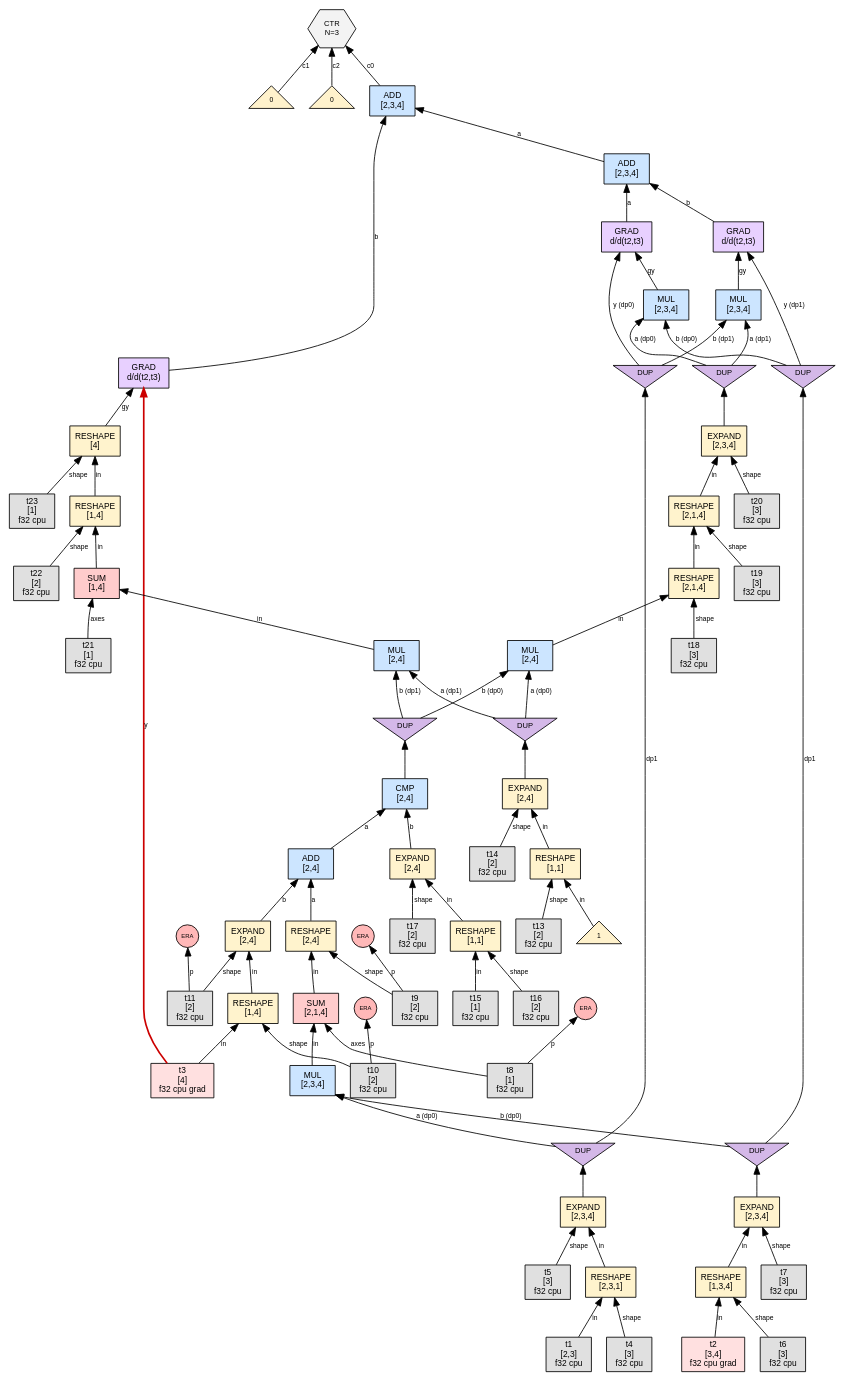
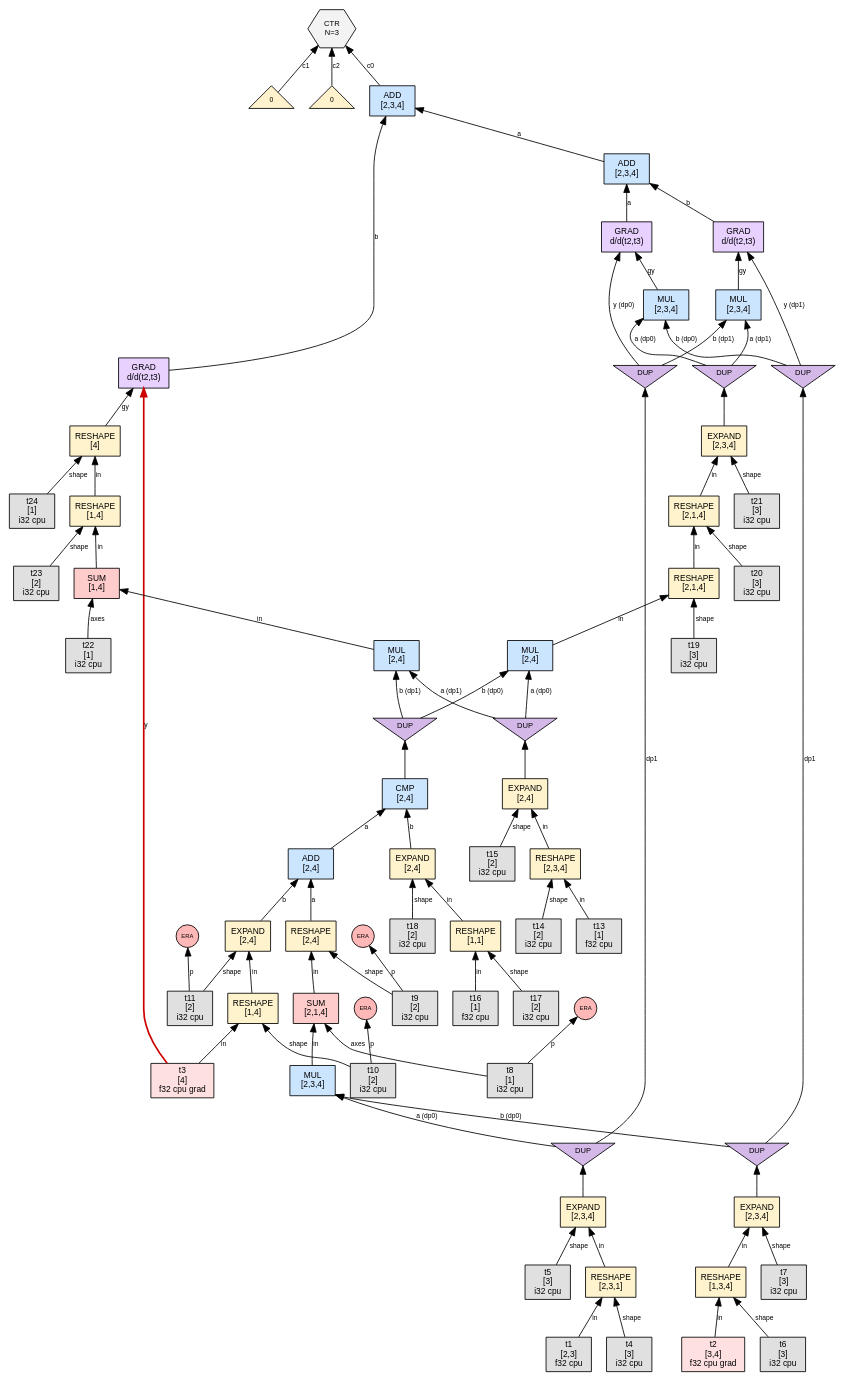
One commit to sw1sh/TinyHVM changed the diagram in phase1_graphs/tiny_linear_bias_keep/step_016_interact_grad_on_RESHAPE.dot. Above: the diagram before and after it, drawn with Graphviz. The commit also changed 448 other files, not shown here.

First line of the commit message:
test: refresh archived phase graphs

```diff
--- a/phase1_graphs/tiny_linear_bias_keep/step_016_interact_grad_on_RESHAPE.dot
+++ b/phase1_graphs/tiny_linear_bias_keep/step_016_interact_grad_on_RESHAPE.dot
@@ -1,149 +1,149 @@
 digraph G {
   // PREV_INTERACTION: interact_grad_on_RESHAPE
   // NEXT_INTERACTION: interact_grad_on_TEN
   rankdir=BT;
   node [fontname="Helvetica", fontsize=10, style=filled, shape=box, margin="0.1,0.05"];
   edge [fontsize=8, fontname="Helvetica"];
 
   n1 [label="RESHAPE\n[2,3,1]", shape=box, fillcolor="#fff3cd"];
   t1 [label="t1\n[2,3]\nf32 cpu",shape=box,fillcolor="#e0e0e0"];
   t1 -> n1 [label="in"];
-  t4 [label="t4\n[3]\nf32 cpu",shape=box,fillcolor="#e0e0e0"];
+  t4 [label="t4\n[3]\ni32 cpu",shape=box,fillcolor="#e0e0e0"];
   t4 -> n1 [label="shape"];
   n9 [label="RESHAPE\n[1,3,4]", shape=box, fillcolor="#fff3cd"];
   t2 [label="t2\n[3,4]\nf32 cpu grad",shape=box,fillcolor="#ffe0e0"];
   t2 -> n9 [label="in"];
-  t6 [label="t6\n[3]\nf32 cpu",shape=box,fillcolor="#e0e0e0"];
+  t6 [label="t6\n[3]\ni32 cpu",shape=box,fillcolor="#e0e0e0"];
   t6 -> n9 [label="shape"];
   n5 [label="EXPAND\n[2,3,4]", shape=box, fillcolor="#fff3cd"];
   n1 -> n5 [label="in"];
-  t5 [label="t5\n[3]\nf32 cpu",shape=box,fillcolor="#e0e0e0"];
+  t5 [label="t5\n[3]\ni32 cpu",shape=box,fillcolor="#e0e0e0"];
   t5 -> n5 [label="shape"];
   n13 [label="EXPAND\n[2,3,4]", shape=box, fillcolor="#fff3cd"];
   n9 -> n13 [label="in"];
-  t7 [label="t7\n[3]\nf32 cpu",shape=box,fillcolor="#e0e0e0"];
+  t7 [label="t7\n[3]\ni32 cpu",shape=box,fillcolor="#e0e0e0"];
   t7 -> n13 [label="shape"];
   n93 [label="ADD\n[2,3,4]", shape=box, fillcolor="#cce5ff"];
   n153 -> n93 [label="a"];
   n177 -> n93 [label="b"];
   ctr51 [label="CTR\nN=3", shape=hexagon, fillcolor="#f3f3f3", fontsize=9];
   n93 -> ctr51 [label="c0"];
   num_ctr51_52 [label="0",shape=triangle,fillcolor="#fff2cc",fontsize=8];
   num_ctr51_52 -> ctr51 [label="c1"];
   num_ctr51_53 [label="0",shape=triangle,fillcolor="#fff2cc",fontsize=8];
   num_ctr51_53 -> ctr51 [label="c2"];
-  n55 [label="RESHAPE\n[1,1]", shape=box, fillcolor="#fff3cd"];
-  num55_0 [label="1",shape=triangle,fillcolor="#fff2cc",fontsize=8];
-  num55_0 -> n55 [label="in"];
-  t13 [label="t13\n[2]\nf32 cpu",shape=box,fillcolor="#e0e0e0"];
-  t13 -> n55 [label="shape"];
+  n55 [label="RESHAPE\n[2,3,4]", shape=box, fillcolor="#fff3cd"];
+  t13 [label="t13\n[1]\nf32 cpu",shape=box,fillcolor="#e0e0e0"];
+  t13 -> n55 [label="in"];
+  t14 [label="t14\n[2]\ni32 cpu",shape=box,fillcolor="#e0e0e0"];
+  t14 -> n55 [label="shape"];
   n68 [label="RESHAPE\n[1,1]", shape=box, fillcolor="#fff3cd"];
-  t15 [label="t15\n[1]\nf32 cpu",shape=box,fillcolor="#e0e0e0"];
-  t15 -> n68 [label="in"];
-  t16 [label="t16\n[2]\nf32 cpu",shape=box,fillcolor="#e0e0e0"];
-  t16 -> n68 [label="shape"];
+  t16 [label="t16\n[1]\nf32 cpu",shape=box,fillcolor="#e0e0e0"];
+  t16 -> n68 [label="in"];
+  t17 [label="t17\n[2]\ni32 cpu",shape=box,fillcolor="#e0e0e0"];
+  t17 -> n68 [label="shape"];
   n82 [label="ADD\n[2,4]", shape=box, fillcolor="#cce5ff"];
   n95 -> n82 [label="a"];
   n100 -> n82 [label="b"];
   n72 [label="EXPAND\n[2,4]", shape=box, fillcolor="#fff3cd"];
   n68 -> n72 [label="in"];
-  t17 [label="t17\n[2]\nf32 cpu",shape=box,fillcolor="#e0e0e0"];
-  t17 -> n72 [label="shape"];
+  t18 [label="t18\n[2]\ni32 cpu",shape=box,fillcolor="#e0e0e0"];
+  t18 -> n72 [label="shape"];
   n61 [label="EXPAND\n[2,4]", shape=box, fillcolor="#fff3cd"];
   n55 -> n61 [label="in"];
-  t14 [label="t14\n[2]\nf32 cpu",shape=box,fillcolor="#e0e0e0"];
-  t14 -> n61 [label="shape"];
+  t15 [label="t15\n[2]\ni32 cpu",shape=box,fillcolor="#e0e0e0"];
+  t15 -> n61 [label="shape"];
   n76 [label="CMP\n[2,4]", shape=box, fillcolor="#cce5ff"];
   n82 -> n76 [label="a"];
   n72 -> n76 [label="b"];
   n95 [label="RESHAPE\n[2,4]", shape=box, fillcolor="#fff3cd"];
   n119 -> n95 [label="in"];
-  t9 [label="t9\n[2]\nf32 cpu",shape=box,fillcolor="#e0e0e0"];
+  t9 [label="t9\n[2]\ni32 cpu",shape=box,fillcolor="#e0e0e0"];
   t9 -> n95 [label="shape"];
   n100 [label="EXPAND\n[2,4]", shape=box, fillcolor="#fff3cd"];
   n167 -> n100 [label="in"];
-  t11 [label="t11\n[2]\nf32 cpu",shape=box,fillcolor="#e0e0e0"];
+  t11 [label="t11\n[2]\ni32 cpu",shape=box,fillcolor="#e0e0e0"];
   t11 -> n100 [label="shape"];
   n153 [label="ADD\n[2,3,4]", shape=box, fillcolor="#cce5ff"];
   n149 -> n153 [label="a"];
   n151 -> n153 [label="b"];
   n177 [label="GRAD\nd/d(t2,t3)", shape=box, fillcolor="#e8d0ff"];
   t3 [label="t3\n[4]\nf32 cpu grad",shape=box,fillcolor="#ffe0e0"];
   t3 -> n177 [label="y",color="#cc0000",penwidth=2.0];
   n173 -> n177 [label="gy"];
   n119 [label="SUM\n[2,1,4]", shape=box, fillcolor="#ffcccc"];
   n136 -> n119 [label="in"];
-  t8 [label="t8\n[1]\nf32 cpu",shape=box,fillcolor="#e0e0e0"];
+  t8 [label="t8\n[1]\ni32 cpu",shape=box,fillcolor="#e0e0e0"];
   t8 -> n119 [label="axes"];
   n167 [label="RESHAPE\n[1,4]", shape=box, fillcolor="#fff3cd"];
   t3 -> n167 [label="in"];
-  t10 [label="t10\n[2]\nf32 cpu",shape=box,fillcolor="#e0e0e0"];
+  t10 [label="t10\n[2]\ni32 cpu",shape=box,fillcolor="#e0e0e0"];
   t10 -> n167 [label="shape"];
   era112 [label="ERA",shape=circle,width=0.38,height=0.38,fixedsize=true,fillcolor="#ffb8b8",fontsize=7];
   t9 -> era112 [label="p"];
   n105 [label="MUL\n[2,4]", shape=box, fillcolor="#cce5ff"];
   dup109 [label="DUP", shape=invtriangle, fillcolor="#d4b8e8", fontsize=9, width=0.7, height=0.5];
   n61 -> dup109;
   dup109 -> n105 [label="a (dp0)"];
   dup110 [label="DUP", shape=invtriangle, fillcolor="#d4b8e8", fontsize=9, width=0.7, height=0.5];
   n76 -> dup110;
   dup110 -> n105 [label="b (dp0)"];
   n136 [label="MUL\n[2,3,4]", shape=box, fillcolor="#cce5ff"];
   dup140 [label="DUP", shape=invtriangle, fillcolor="#d4b8e8", fontsize=9, width=0.7, height=0.5];
   n5 -> dup140;
   dup140 -> n136 [label="a (dp0)"];
   dup141 [label="DUP", shape=invtriangle, fillcolor="#d4b8e8", fontsize=9, width=0.7, height=0.5];
   n13 -> dup141;
   dup141 -> n136 [label="b (dp0)"];
   n113 [label="RESHAPE\n[2,1,4]", shape=box, fillcolor="#fff3cd"];
   n105 -> n113 [label="in"];
-  t18 [label="t18\n[3]\nf32 cpu",shape=box,fillcolor="#e0e0e0"];
-  t18 -> n113 [label="shape"];
+  t19 [label="t19\n[3]\ni32 cpu",shape=box,fillcolor="#e0e0e0"];
+  t19 -> n113 [label="shape"];
   era129 [label="ERA",shape=circle,width=0.38,height=0.38,fixedsize=true,fillcolor="#ffb8b8",fontsize=7];
   t8 -> era129 [label="p"];
   n124 [label="RESHAPE\n[2,1,4]", shape=box, fillcolor="#fff3cd"];
   n113 -> n124 [label="in"];
-  t19 [label="t19\n[3]\nf32 cpu",shape=box,fillcolor="#e0e0e0"];
-  t19 -> n124 [label="shape"];
+  t20 [label="t20\n[3]\ni32 cpu",shape=box,fillcolor="#e0e0e0"];
+  t20 -> n124 [label="shape"];
   n130 [label="EXPAND\n[2,3,4]", shape=box, fillcolor="#fff3cd"];
   n124 -> n130 [label="in"];
-  t20 [label="t20\n[3]\nf32 cpu",shape=box,fillcolor="#e0e0e0"];
-  t20 -> n130 [label="shape"];
+  t21 [label="t21\n[3]\ni32 cpu",shape=box,fillcolor="#e0e0e0"];
+  t21 -> n130 [label="shape"];
   n145 [label="MUL\n[2,3,4]", shape=box, fillcolor="#cce5ff"];
   dup143 [label="DUP", shape=invtriangle, fillcolor="#d4b8e8", fontsize=9, width=0.7, height=0.5];
   n130 -> dup143;
   dup143 -> n145 [label="a (dp0)"];
   dup144 [label="DUP", shape=invtriangle, fillcolor="#d4b8e8", fontsize=9, width=0.7, height=0.5];
   dup141 -> dup144 [label="dp1"];
   dup144 -> n145 [label="b (dp0)"];
   n147 [label="MUL\n[2,3,4]", shape=box, fillcolor="#cce5ff"];
   dup143 -> n147 [label="a (dp1)"];
   dup142 [label="DUP", shape=invtriangle, fillcolor="#d4b8e8", fontsize=9, width=0.7, height=0.5];
   dup140 -> dup142 [label="dp1"];
   dup142 -> n147 [label="b (dp1)"];
   n149 [label="GRAD\nd/d(t2,t3)", shape=box, fillcolor="#e8d0ff"];
   dup142 -> n149 [label="y (dp0)"];
   n145 -> n149 [label="gy"];
   n151 [label="GRAD\nd/d(t2,t3)", shape=box, fillcolor="#e8d0ff"];
   dup144 -> n151 [label="y (dp1)"];
   n147 -> n151 [label="gy"];
   era156 [label="ERA",shape=circle,width=0.38,height=0.38,fixedsize=true,fillcolor="#ffb8b8",fontsize=7];
   t11 -> era156 [label="p"];
   n107 [label="MUL\n[2,4]", shape=box, fillcolor="#cce5ff"];
   dup109 -> n107 [label="a (dp1)"];
   dup110 -> n107 [label="b (dp1)"];
   n157 [label="SUM\n[1,4]", shape=box, fillcolor="#ffcccc"];
   n107 -> n157 [label="in"];
-  t21 [label="t21\n[1]\nf32 cpu",shape=box,fillcolor="#e0e0e0"];
-  t21 -> n157 [label="axes"];
+  t22 [label="t22\n[1]\ni32 cpu",shape=box,fillcolor="#e0e0e0"];
+  t22 -> n157 [label="axes"];
   era172 [label="ERA",shape=circle,width=0.38,height=0.38,fixedsize=true,fillcolor="#ffb8b8",fontsize=7];
   t10 -> era172 [label="p"];
   n161 [label="RESHAPE\n[1,4]", shape=box, fillcolor="#fff3cd"];
   n157 -> n161 [label="in"];
-  t22 [label="t22\n[2]\nf32 cpu",shape=box,fillcolor="#e0e0e0"];
-  t22 -> n161 [label="shape"];
+  t23 [label="t23\n[2]\ni32 cpu",shape=box,fillcolor="#e0e0e0"];
+  t23 -> n161 [label="shape"];
   n173 [label="RESHAPE\n[4]", shape=box, fillcolor="#fff3cd"];
   n161 -> n173 [label="in"];
-  t23 [label="t23\n[1]\nf32 cpu",shape=box,fillcolor="#e0e0e0"];
-  t23 -> n173 [label="shape"];
+  t24 [label="t24\n[1]\ni32 cpu",shape=box,fillcolor="#e0e0e0"];
+  t24 -> n173 [label="shape"];
 }
```
